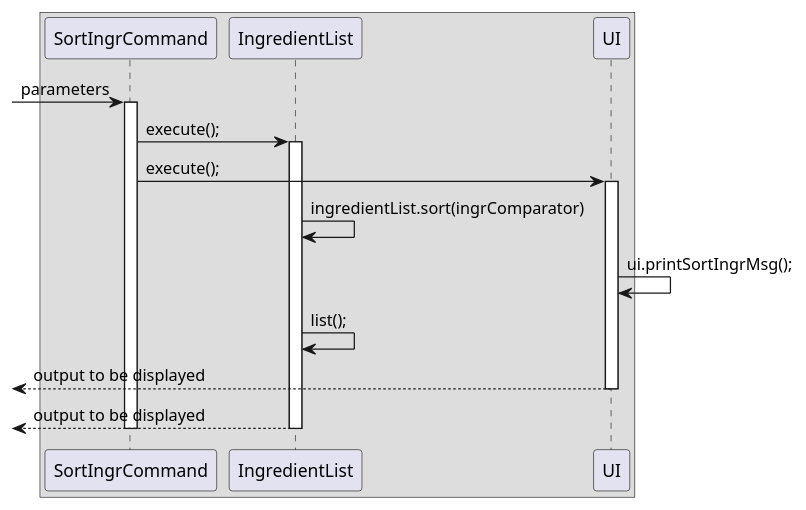
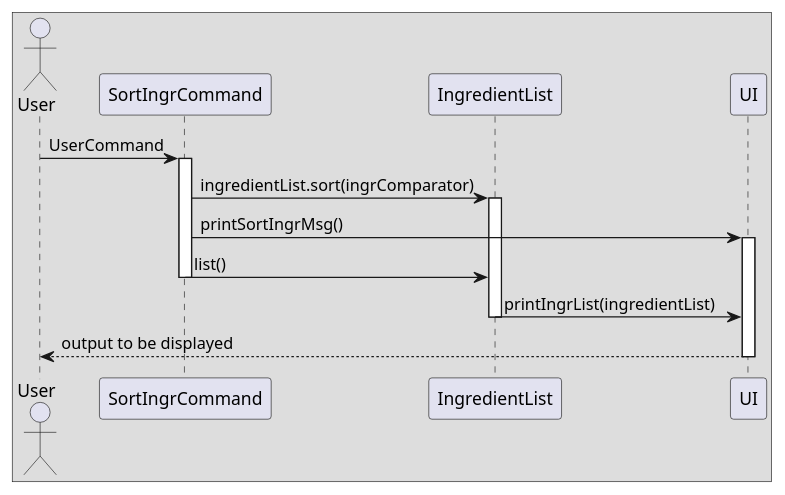
One commit to nus-cs2113-AY2122S1/tp changed the diagram in docs/puml/sort_ingr_sequence.puml. Above: the diagram before and after it, drawn with PlantUML. The commit also changed 9 other files, not shown here.

```diff
--- a/docs/puml/sort_ingr_sequence.puml
+++ b/docs/puml/sort_ingr_sequence.puml
@@ -1,34 +1,32 @@
 @startuml
 'https://plantuml.com/sequence-diagram
 
 box
-
--> SortIngrCommand: parameters
+actor User
+User -> SortIngrCommand: UserCommand
 
 activate SortIngrCommand
 
-SortIngrCommand -> IngredientList: execute();
+SortIngrCommand -> IngredientList: ingredientList.sort(ingrComparator)
 
 activate IngredientList
 
-SortIngrCommand -> UI : execute();
+SortIngrCommand -> UI : printSortIngrMsg()
 
 activate UI
 
-IngredientList -> IngredientList: ingredientList.sort(ingrComparator)
+SortIngrCommand -> IngredientList: list()
+deactivate SortIngrCommand
 
-UI -> UI: ui.printSortIngrMsg();
-
-IngredientList -> IngredientList : list();
-
-<-- UI: output to be displayed
+IngredientList -> UI: printIngrList(ingredientList)
+deactivate IngredientList
+User <-- UI: output to be displayed
 
  deactivate UI
 
-<-- IngredientList: output to be displayed
 
- deactivate IngredientList
 
- deactivate SortIngrCommand
+
+
 
 @enduml
```
